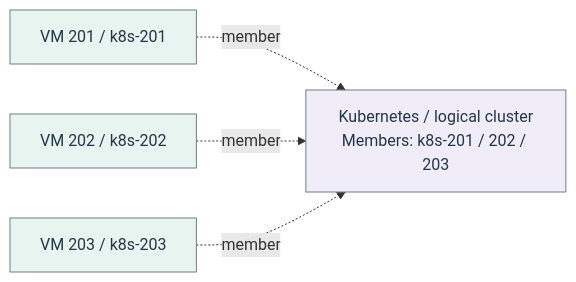
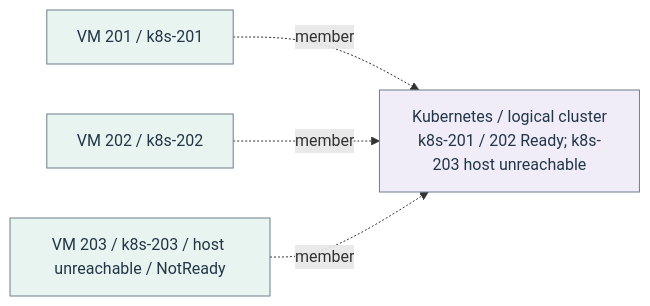
Diagram 18 of 22 in docs/architecture/homelab-mermaid.md (Harsh-2002/Homelab), drawn with Mermaid before and after one commit. The commit also changed other lines of this file and 27 other files, not shown here.

````diff
--- a/docs/architecture/homelab-mermaid.md
+++ b/docs/architecture/homelab-mermaid.md
@@ -554,14 +554,14 @@
 ```mermaid
 flowchart LR
-  n_flow_8_0["Kubernetes / logical cluster<br/>Members: k8s-201 / 202 / 203"]
+  n_flow_8_0["Kubernetes / logical cluster<br/>k8s-201 / 202 Ready; k8s-203 host unreachable"]
   n_flow_8_1["VM 201 / k8s-201"]
   n_flow_8_2["VM 202 / k8s-202"]
-  n_flow_8_3["VM 203 / k8s-203"]
+  n_flow_8_3["VM 203 / k8s-203 / host unreachable / NotReady"]
   n_flow_8_1 -.->|"member"| n_flow_8_0
   n_flow_8_2 -.->|"member"| n_flow_8_0
   n_flow_8_3 -.->|"member"| n_flow_8_0
   classDef c_flow_8_0 fill:#f0edf9,stroke:#6c7f8c,color:#233647;
   class n_flow_8_0 c_flow_8_0;
   classDef c_flow_8_1 fill:#e8f4f0,stroke:#6c7f8c,color:#233647;
   class n_flow_8_1,n_flow_8_2,n_flow_8_3 c_flow_8_1;
 ```
````
